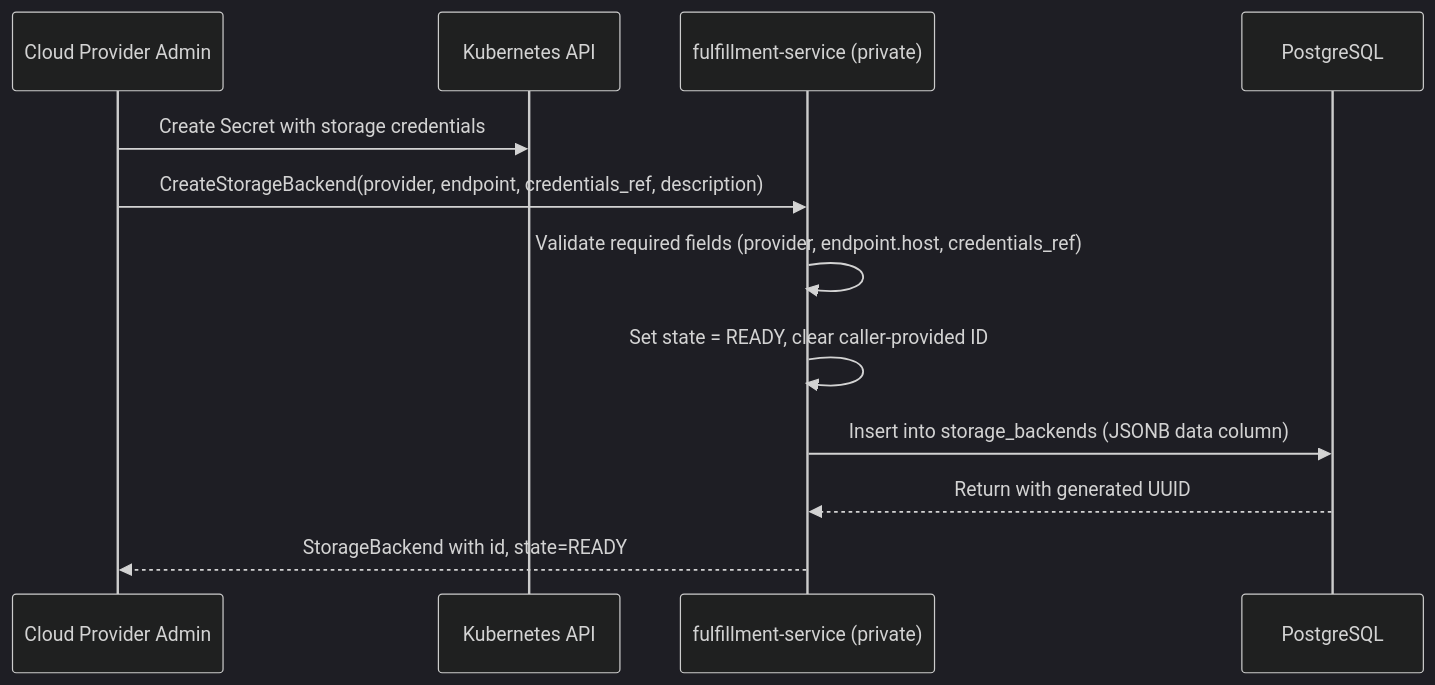
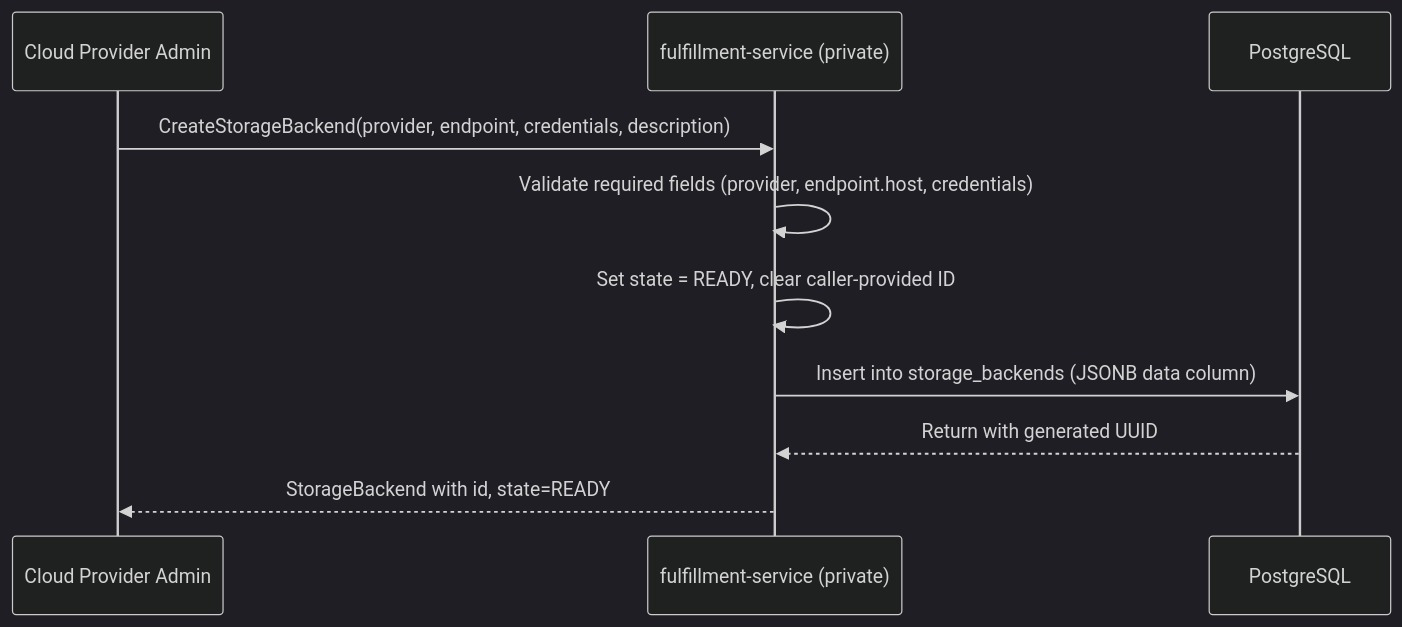
One commit to osac-project/enhancement-proposals changed the diagram in enhancements/storage-backend-osac-1111/design.md. Above: the diagram before and after it, drawn with Mermaid (dark theme). The commit also changed other lines of this file and 1 other file, not shown here.

First line of the commit message:
OSAC-1111: revise — inline credentials, remove Signal RPC

````diff
--- a/enhancements/storage-backend-osac-1111/design.md
+++ b/enhancements/storage-backend-osac-1111/design.md
@@ -71,15 +71,13 @@
 ```mermaid
 sequenceDiagram
     participant Admin as Cloud Provider Admin
-    participant K8s as Kubernetes API
     participant FS as fulfillment-service (private)
     participant DB as PostgreSQL
 
-    Admin->>K8s: Create Secret with storage credentials
-    Admin->>FS: CreateStorageBackend(provider, endpoint, credentials_ref, description)
-    FS->>FS: Validate required fields (provider, endpoint.host, credentials_ref)
+    Admin->>FS: CreateStorageBackend(provider, endpoint, credentials, description)
+    FS->>FS: Validate required fields (provider, endpoint.host, credentials)
     FS->>FS: Set state = READY, clear caller-provided ID
     FS->>DB: Insert into storage_backends (JSONB data column)
     DB-->>FS: Return with generated UUID
     FS-->>Admin: StorageBackend with id, state=READY
 ```
````
